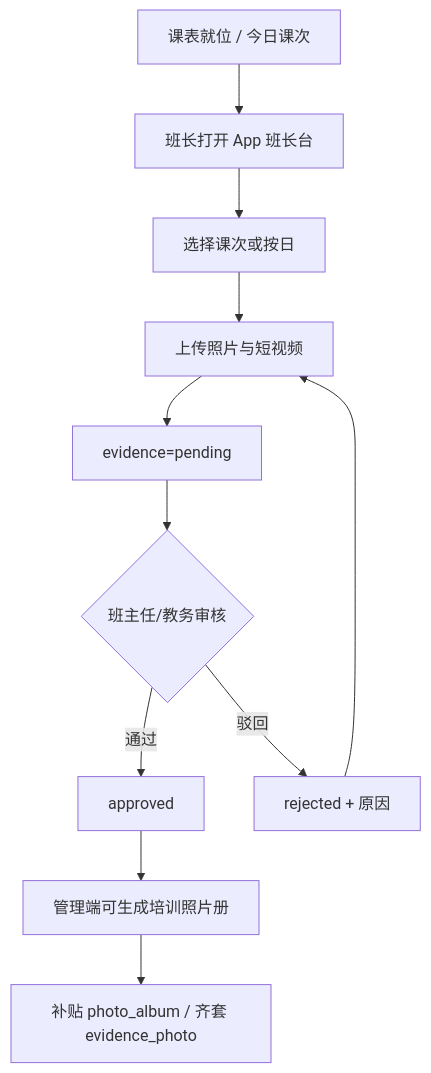
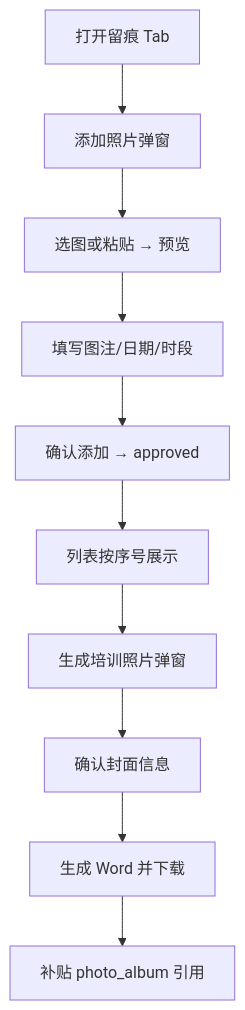
One commit to damediss/qianlvguoyu changed the diagram in docs/04_requirements/phase2-training/跟班课堂影像与培训照片材料生成实现方案.md. Above: the diagram before and after it, drawn with Mermaid. The commit also changed other lines of this file and 23 other files, not shown here.

````diff
--- a/docs/04_requirements/phase2-training/跟班课堂影像与培训照片材料生成实现方案.md
+++ b/docs/04_requirements/phase2-training/跟班课堂影像与培训照片材料生成实现方案.md
@@ -117,13 +111,12 @@
 ```mermaid
 flowchart TD
-  A[课表就位 / 今日课次] --> B[班长打开 App 班长台]
-  B --> C[选择课次或按日]
-  C --> D[上传照片与短视频]
-  D --> E[evidence=pending]
-  E --> F{班主任/教务审核}
-  F -->|通过| G[approved]
-  F -->|驳回| H[rejected + 原因]
-  H --> D
-  G --> I[管理端可生成培训照片册]
-  I --> J[补贴 photo_album / 齐套 evidence_photo]
+  A[打开留痕 Tab] --> B[添加照片弹窗]
+  B --> C[选图或粘贴 → 预览]
+  C --> D[填写图注/日期/时段]
+  D --> E[确认添加 → approved]
+  E --> F[列表按序号展示]
+  F --> G[生成培训照片弹窗]
+  G --> H[确认封面信息]
+  H --> I[生成 Word 并下载]
+  I --> J[补贴 photo_album 引用]
 ```
````
